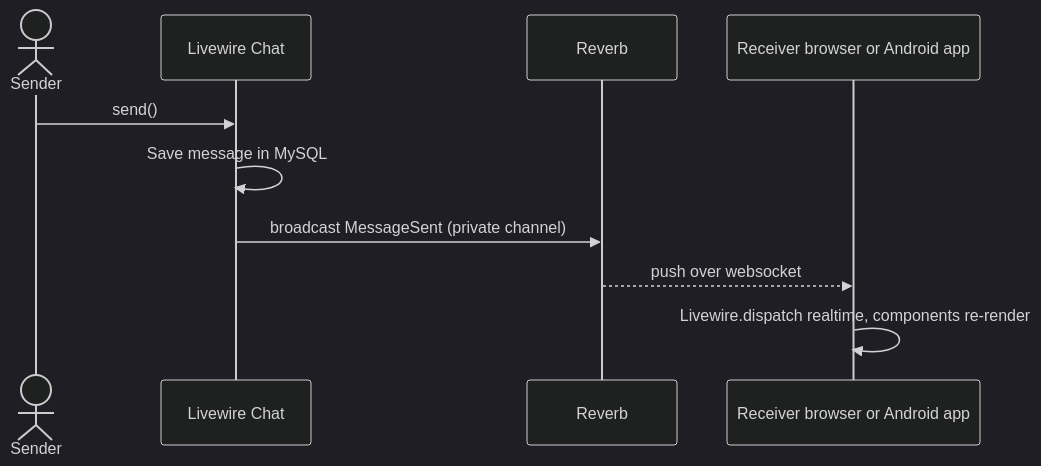
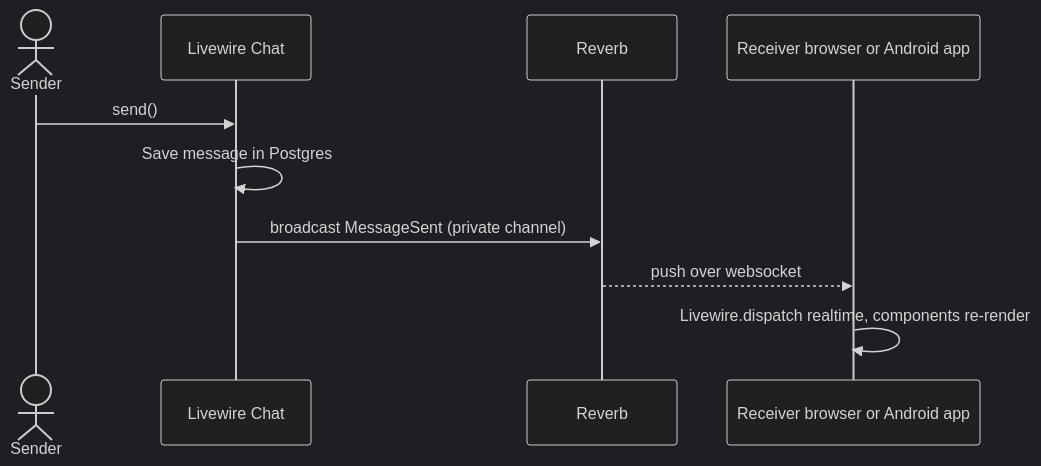
One commit to Nqobileee/zb-idea-manager changed the tenth of 18 diagrams in docs/DOCUMENTATION.md. Above: the diagram before and after it, drawn with Mermaid (dark theme). The commit also changed other lines of this file and 9 other files, not shown here.

````diff
--- a/docs/DOCUMENTATION.md
+++ b/docs/DOCUMENTATION.md
@@ -365,12 +365,12 @@
 ```mermaid
 sequenceDiagram
     actor A as Sender
     participant L as Livewire Chat
     participant R as Reverb
     participant B as Receiver browser or Android app
     A->>L: send()
-    L->>L: Save message in MySQL
+    L->>L: Save message in Postgres
     L->>R: broadcast MessageSent (private channel)
     R-->>B: push over websocket
     B->>B: Livewire.dispatch realtime, components re-render
 ```
````
